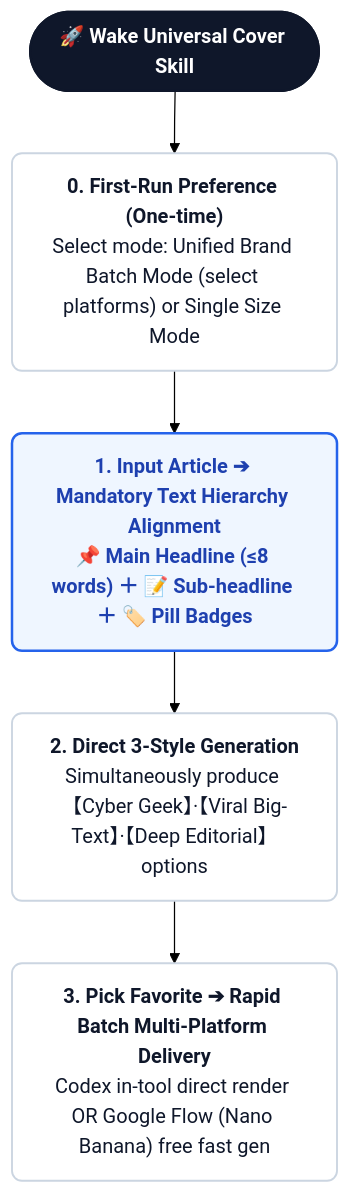
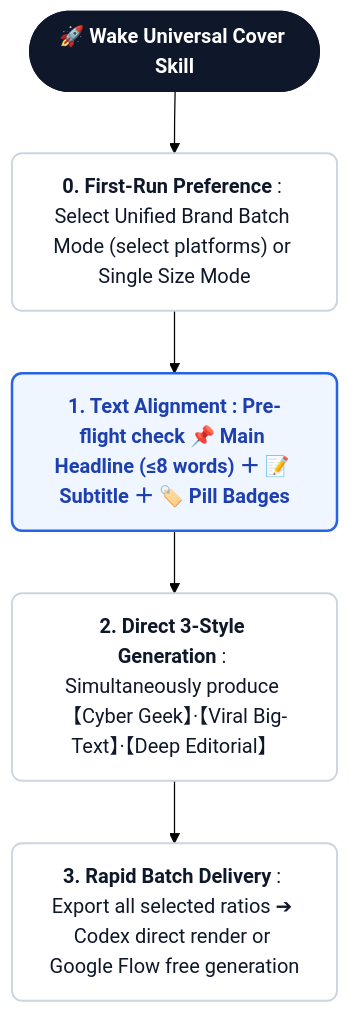
One commit to kaomei/cover-studio changed the first of 2 diagrams in README.en.md. Above: the diagram before and after it, drawn with Mermaid (forest theme). The commit also changed 7 other files, not shown here.

Commit message:
style(docs): format workflow diagram into ultra-clean, wide single-line horizontal cards without awkward character wrapping

````diff
--- a/README.en.md
+++ b/README.en.md
@@ -60,13 +60,13 @@
 ```mermaid
 flowchart TD
     classDef default fill:#ffffff,stroke:#e2e8f0,stroke-width:1.5px,color:#1e293b,rx:8px,ry:8px;
     classDef startNode fill:#0f172a,stroke:#0f172a,stroke-width:2px,color:#ffffff,font-weight:bold,rx:20px,ry:20px;
     classDef stepNode fill:#ffffff,stroke:#cbd5e1,stroke-width:1.5px,color:#0f172a,rx:8px,ry:8px;
     classDef highlightNode fill:#eff6ff,stroke:#2563eb,stroke-width:2px,color:#1e40af,font-weight:bold,rx:8px,ry:8px;
 
     A0(["🚀 Wake Universal Cover Skill"]):::startNode
-    --> A1["<b>0. First-Run Preference (One-time)</b><br/>Select mode: Unified Brand Batch Mode (select platforms) or Single Size Mode"]:::stepNode
-    --> A2["<b>1. Input Article ➔ Mandatory Text Hierarchy Alignment</b><br/>📌 Main Headline (≤8 words) ＋ 📝 Sub-headline ＋ 🏷️ Pill Badges"]:::highlightNode
-    --> A3["<b>2. Direct 3-Style Generation</b><br/>Simultaneously produce 【Cyber Geek】·【Viral Big-Text】·【Deep Editorial】options"]:::stepNode
-    --> A4["<b>3. Pick Favorite ➔ Rapid Batch Multi-Platform Delivery</b><br/>Codex in-tool direct render OR Google Flow (Nano Banana) free fast gen"]:::stepNode
+    --> A1["<b>0. First-Run Preference</b> : Select Unified Brand Batch Mode (select platforms) or Single Size Mode"]:::stepNode
+    --> A2["<b>1. Text Alignment</b> : Pre-flight check 📌 Main Headline (≤8 words) ＋ 📝 Subtitle ＋ 🏷️ Pill Badges"]:::highlightNode
+    --> A3["<b>2. Direct 3-Style Generation</b> : Simultaneously produce 【Cyber Geek】·【Viral Big-Text】·【Deep Editorial】"]:::stepNode
+    --> A4["<b>3. Rapid Batch Delivery</b> : Export all selected ratios ➔ Codex direct render or Google Flow free generation"]:::stepNode
 ```
````
